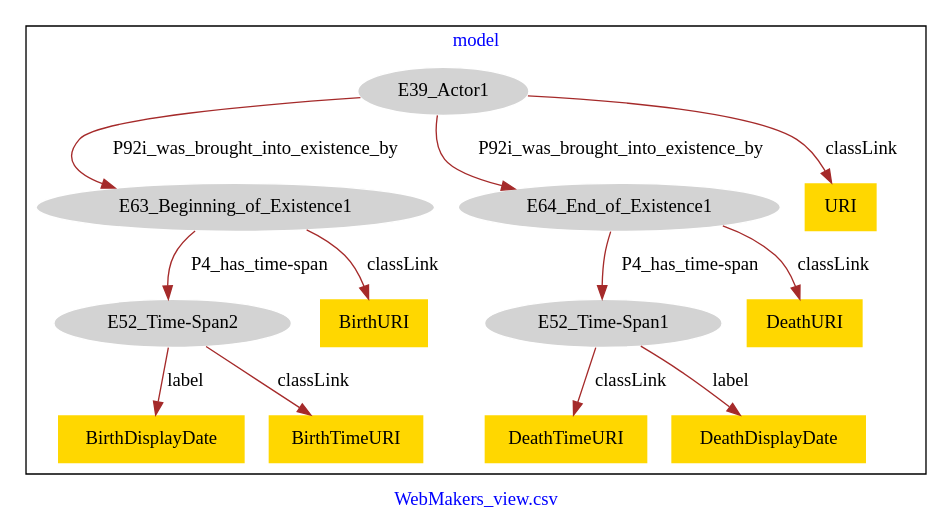
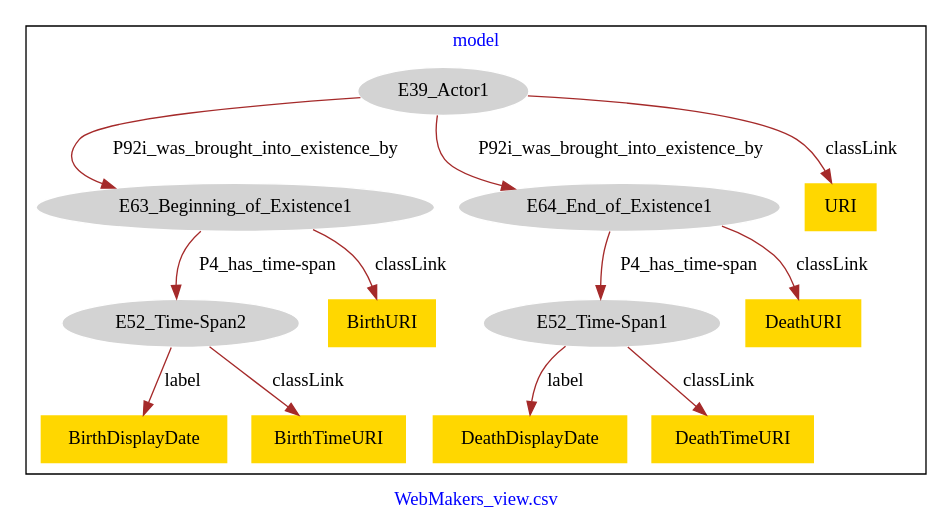
The diagram in Artist/WebMakers_view-model.dot (american-art/SAAM), drawn with Graphviz before and after one commit.

Commit message:
Update file WebMakers_view-model.dot

```diff
--- a/Artist/WebMakers_view-model.dot
+++ b/Artist/WebMakers_view-model.dot
@@ -1,31 +1,31 @@
 digraph n0 {
 fontcolor="blue"
 remincross="true"
 label="WebMakers_view.csv"
 subgraph cluster {
 label="model"
 n2[style="filled",color="white",fillcolor="lightgray",label="E39_Actor1"];
 n3[style="filled",color="white",fillcolor="lightgray",label="E63_Beginning_of_Existence1"];
 n4[style="filled",color="white",fillcolor="lightgray",label="E64_End_of_Existence1"];
 n5[style="filled",color="white",fillcolor="lightgray",label="E52_Time-Span2"];
 n6[style="filled",color="white",fillcolor="lightgray",label="E52_Time-Span1"];
 n7[shape="plaintext",style="filled",fillcolor="gold",label="BirthDisplayDate"];
-n8[shape="plaintext",style="filled",fillcolor="gold",label="BirthURI"];
+n8[shape="plaintext",style="filled",fillcolor="gold",label="URI"];
 n9[shape="plaintext",style="filled",fillcolor="gold",label="DeathURI"];
-n10[shape="plaintext",style="filled",fillcolor="gold",label="DeathTimeURI"];
-n11[shape="plaintext",style="filled",fillcolor="gold",label="DeathDisplayDate"];
-n12[shape="plaintext",style="filled",fillcolor="gold",label="URI"];
+n10[shape="plaintext",style="filled",fillcolor="gold",label="DeathDisplayDate"];
+n11[shape="plaintext",style="filled",fillcolor="gold",label="DeathTimeURI"];
+n12[shape="plaintext",style="filled",fillcolor="gold",label="BirthURI"];
 n13[shape="plaintext",style="filled",fillcolor="gold",label="BirthTimeURI"];
 }
 n2 -> n3[color="brown",fontcolor="black",label="P92i_was_brought_into_existence_by"]
 n2 -> n4[color="brown",fontcolor="black",label="P92i_was_brought_into_existence_by"]
 n3 -> n5[color="brown",fontcolor="black",label="P4_has_time-span"]
 n4 -> n6[color="brown",fontcolor="black",label="P4_has_time-span"]
 n5 -> n7[color="brown",fontcolor="black",label="label"]
-n3 -> n8[color="brown",fontcolor="black",label="classLink"]
+n2 -> n8[color="brown",fontcolor="black",label="classLink"]
 n4 -> n9[color="brown",fontcolor="black",label="classLink"]
-n6 -> n10[color="brown",fontcolor="black",label="classLink"]
-n6 -> n11[color="brown",fontcolor="black",label="label"]
-n2 -> n12[color="brown",fontcolor="black",label="classLink"]
+n6 -> n10[color="brown",fontcolor="black",label="label"]
+n6 -> n11[color="brown",fontcolor="black",label="classLink"]
+n3 -> n12[color="brown",fontcolor="black",label="classLink"]
 n5 -> n13[color="brown",fontcolor="black",label="classLink"]
 }
```
